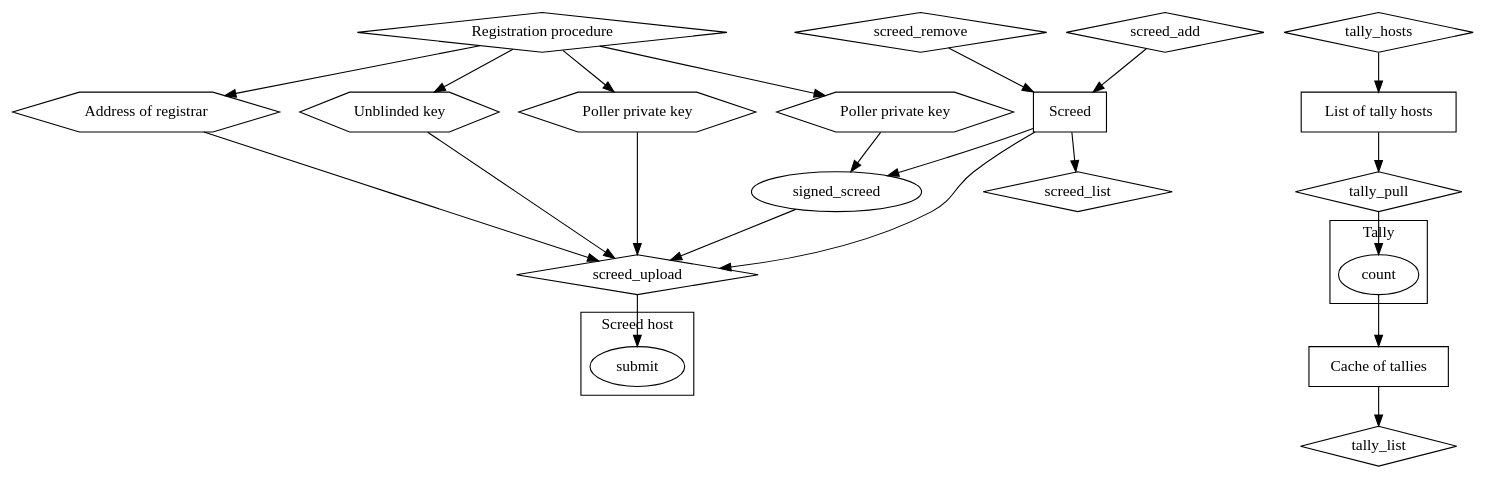
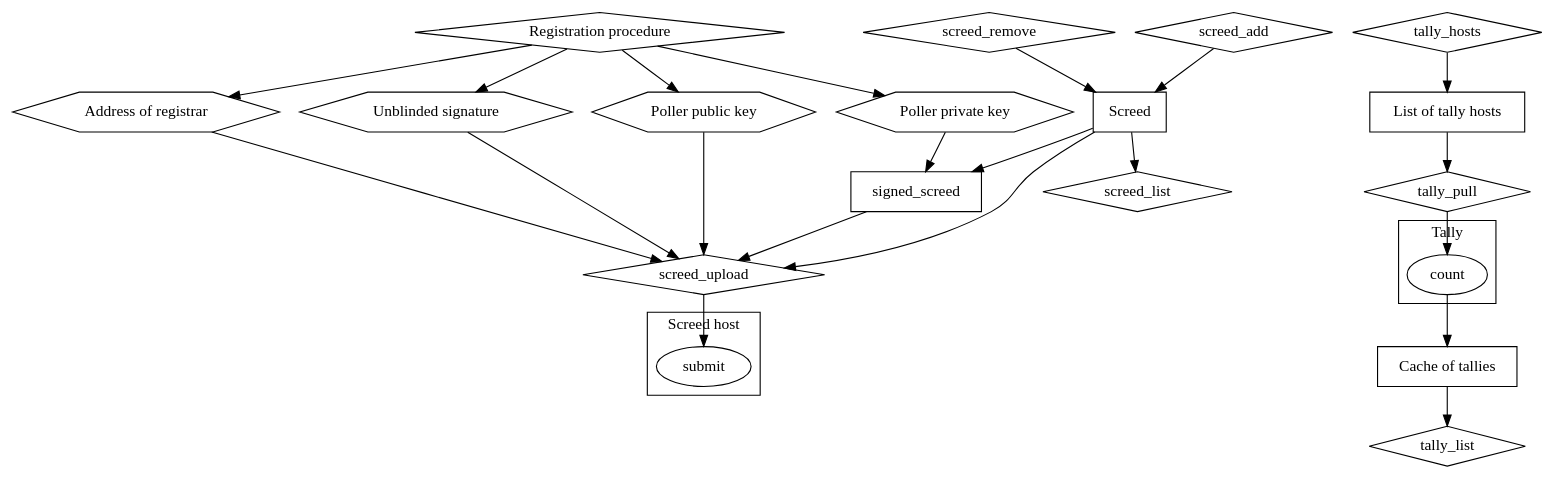
The diagram in doc/poller.dot (securepollingsystem/securepolling), drawn with Graphviz before and after one commit.

```diff
--- a/doc/poller.dot
+++ b/doc/poller.dot
@@ -1,50 +1,50 @@
 digraph {
   // Registration data
-  unblinded [label="Unblinded key"]
-  public [label="Poller private key"]
+  unblinded [label="Unblinded signature"]
+  public [label="Poller public key"]
   private [label="Poller private key"]
   registrar [label="Address of registrar"]
   unblinded, public, private, registrar [shape="hexagon"]
  
   // Other data
-  screed, tally_config, tally_cache [shape="box"]
+  screed, signed_screed, tally_config, tally_cache [shape="box"]
   screed [label="Screed"]
   tally_config [label="List of tally hosts"]
   tally_cache [label="Cache of tallies"]
 
   // User interfaces
   registration [shape="diamond" label="Registration procedure"]
   tally_hosts, tally_pull, tally_list [shape="diamond"]
   
   // Registration
   registration -> unblinded
   registration -> private
   registration -> public
   registration -> registrar
 
   // Screed
   screed_add, screed_remove, screed_list, screed_upload [shape="diamond"]
   screed_add -> screed
   screed_remove -> screed
   screed -> screed_list
 
   registrar -> screed_upload
   screed -> screed_upload
   private -> signed_screed
   screed -> signed_screed
   signed_screed -> screed_upload
   public -> screed_upload
   unblinded -> screed_upload
   screed_upload -> submit
   subgraph cluster_screed_host {
     label="Screed host"
     submit
   }
 
   // Tally
   tally_hosts -> tally_config -> tally_pull -> count -> tally_cache -> tally_list
   subgraph cluster_tally {
     label="Tally"
     count
   }
 }
```
